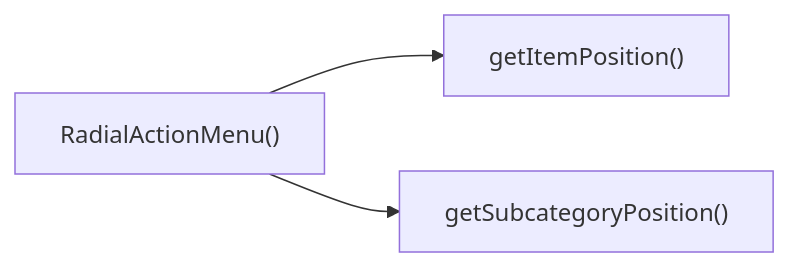
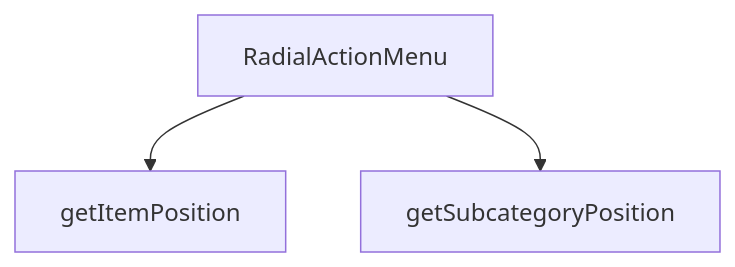
Before and after one commit to peckop/venthub-hvac-esite: the diagram in src/components/products/RadialActionMenu.md, drawn with Mermaid. The commit also changed other lines of this file and 488 other files, not shown here.

````diff
--- a/src/components/products/RadialActionMenu.md
+++ b/src/components/products/RadialActionMenu.md
@@ -235,5 +226,8 @@
 ```mermaid
-graph LR
-    RadialActionMenu["RadialActionMenu()"] --> getItemPosition["getItemPosition()"]
-    RadialActionMenu["RadialActionMenu()"] --> getSubcategoryPosition["getSubcategoryPosition()"]
+graph TD
+    RadialActionMenu_tsx__RadialActionMenu["RadialActionMenu"]
+    RadialActionMenu_tsx__getItemPosition["getItemPosition"]
+    RadialActionMenu_tsx__getSubcategoryPosition["getSubcategoryPosition"]
+    RadialActionMenu_tsx__RadialActionMenu --> RadialActionMenu_tsx__getItemPosition
+    RadialActionMenu_tsx__RadialActionMenu --> RadialActionMenu_tsx__getSubcategoryPosition
 ```
````
